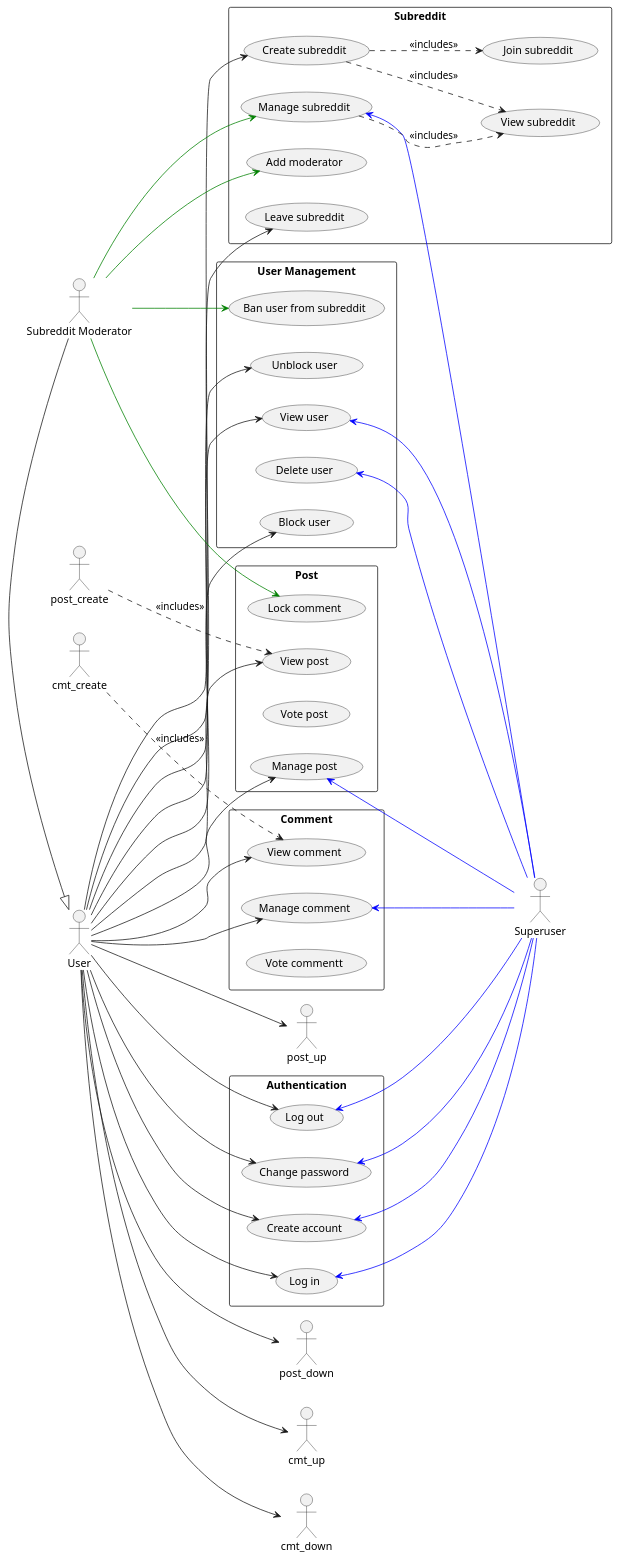
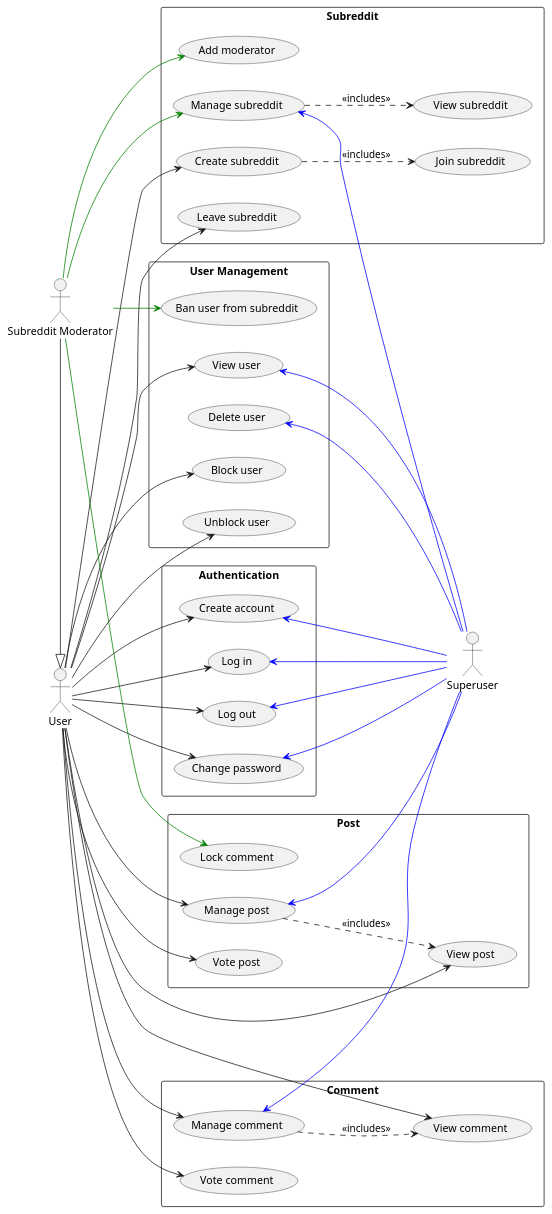
One commit to Huy-Ngo/reddit-design changed the diagram in use_case.puml. Above: the diagram before and after it, drawn with PlantUML.

Commit message:
Delete old use cases

```diff
--- a/use_case.puml
+++ b/use_case.puml
@@ -1,95 +1,92 @@
 @startuml
 skinparam packageStyle rectangle
 left to right direction
 actor "User" as user
 actor "Subreddit Moderator" as mod
 actor "Superuser" as su
 mod -|> user
 
 rectangle Post as post {
   usecase "Manage post" as post_manage
   usecase "View post" as post_read
 
   usecase "Vote post" as post_vote
   usecase "Lock comment" as post_lock
 }
 
 rectangle Comment as cmt {
   usecase "Manage comment" as cmt_manage
   usecase "View comment" as cmt_read
 
-  usecase "Vote commentt" as cmt_vote
+  usecase "Vote comment" as cmt_vote
 }
 
 rectangle Subreddit as sub {
   usecase "Create subreddit" as sub_create
   usecase "View subreddit" as sub_read
   usecase "Manage subreddit" as sub_manage
   usecase "Add moderator" as sub_add_mod
 
   usecase "Join subreddit" as sub_join
   usecase "Leave subreddit" as sub_leave
 }
 
 rectangle "User Management" as user_mng {
   usecase "View user" as user_read
   usecase "Delete user" as user_delete
   usecase "Block user" as user_block
   usecase "Unblock user" as user_unblock
   usecase "Ban user from subreddit" as user_ban
 }
 
 rectangle "Authentication" as auth {
   usecase "Create account" as acc_create
   usecase "Log in" as login
   usecase "Log out" as logout
   usecase "Change password" as pwd_change
 }
 
 user --> acc_create
 user --> login
 user --> logout
 user --> pwd_change
 
 user --> post_manage
 user --> post_read
 
-user --> post_up
-user --> post_down
+user --> post_vote
 
 user --> cmt_manage
 user --> cmt_read
 
-user --> cmt_up
-user --> cmt_down
+user --> cmt_vote
 
 user --> sub_create
 user --> sub_leave
 
 user --> user_block
 user --> user_unblock
 user --> user_read
 
 mod -[#green]-> sub_manage
 mod -[#green]-> sub_add_mod
 mod -[#green]-> user_ban
 mod -[#green]-> post_lock
 
 post_manage   <-[#blue]- su
 cmt_manage    <-[#blue]- su
 sub_manage    <-[#blue]- su
 user_read   <-[#blue]- su
 user_delete <-[#blue]- su
 
 acc_create  <-[#blue]- su
 login       <-[#blue]- su
 logout      <-[#blue]- su
 pwd_change  <-[#blue]- su
 
-post_create ..> post_read : <<includes>>
-cmt_create ..> cmt_read : <<includes>>
-sub_create ..> sub_read : <<includes>>
+post_manage ..> post_read : <<includes>>
+cmt_manage ..> cmt_read : <<includes>>
 sub_create ..> sub_join : <<includes>>
 sub_manage ..> sub_read : <<includes>>
 
 @enduml
```
